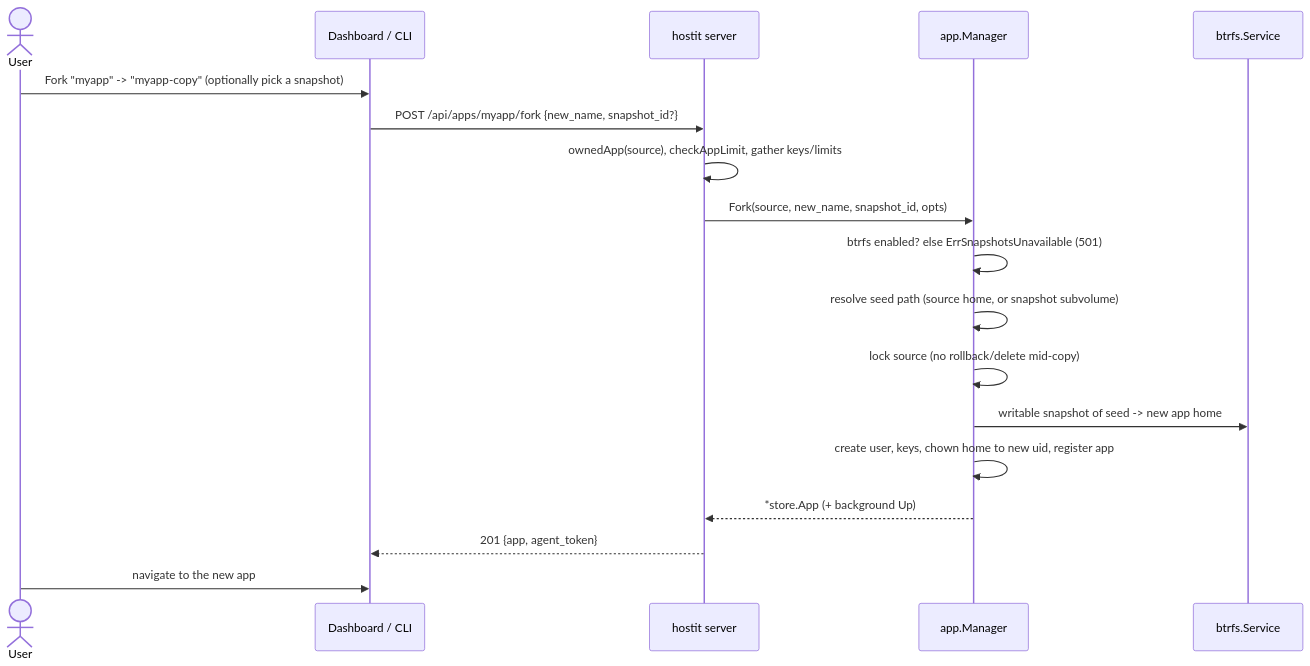
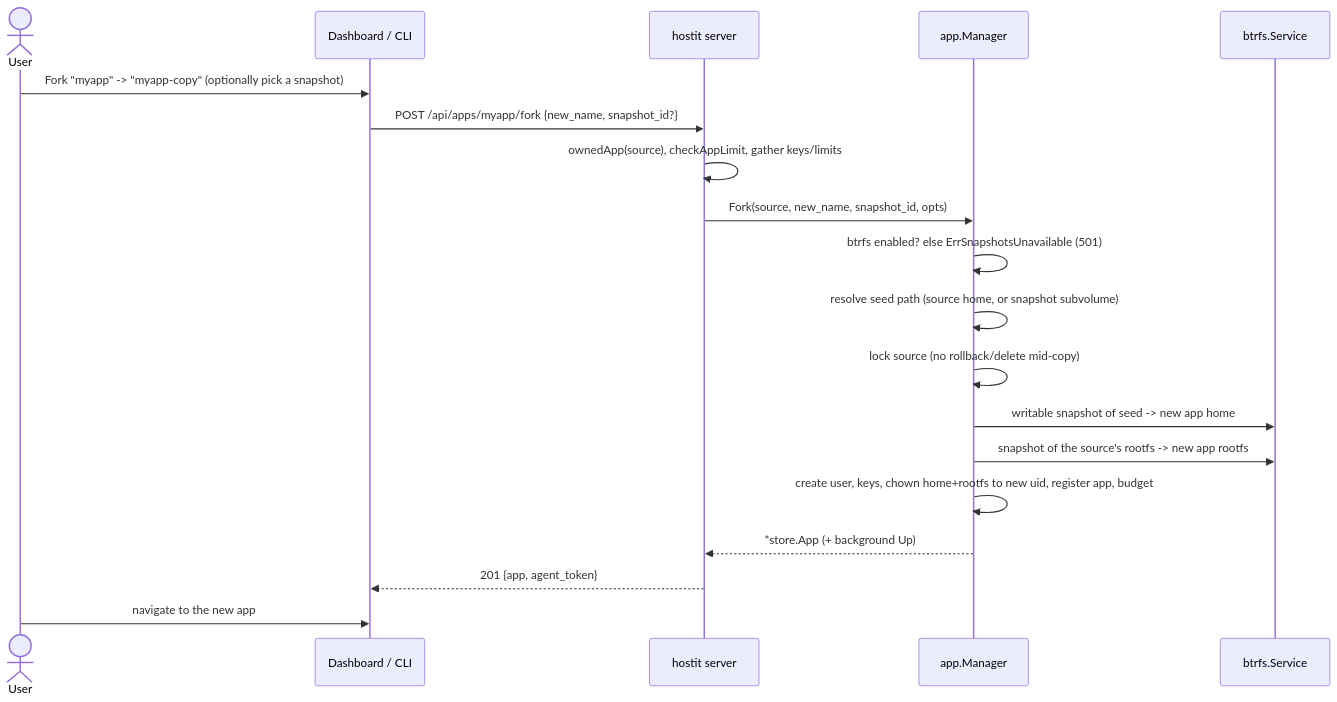
Before and after one commit to binwiederhier/hostit: the diagram in docs/features/fork.md, drawn with Mermaid. The commit also changed other lines of this file and 20 other files, not shown here.

````diff
--- a/docs/features/fork.md
+++ b/docs/features/fork.md
@@ -42,20 +42,21 @@
 ```mermaid
 sequenceDiagram
     actor User
     participant UI as Dashboard / CLI
     participant API as hostit server
     participant Mgr as app.Manager
     participant Btrfs as btrfs.Service
     User->>UI: Fork "myapp" -> "myapp-copy" (optionally pick a snapshot)
     UI->>API: POST /api/apps/myapp/fork {new_name, snapshot_id?}
     API->>API: ownedApp(source), checkAppLimit, gather keys/limits
     API->>Mgr: Fork(source, new_name, snapshot_id, opts)
     Mgr->>Mgr: btrfs enabled? else ErrSnapshotsUnavailable (501)
     Mgr->>Mgr: resolve seed path (source home, or snapshot subvolume)
     Mgr->>Mgr: lock source (no rollback/delete mid-copy)
     Mgr->>Btrfs: writable snapshot of seed -> new app home
-    Mgr->>Mgr: create user, keys, chown home to new uid, register app
+    Mgr->>Btrfs: snapshot of the source's rootfs -> new app rootfs
+    Mgr->>Mgr: create user, keys, chown home+rootfs to new uid, register app, budget
     Mgr-->>API: *store.App (+ background Up)
     API-->>UI: 201 {app, agent_token}
     User->>UI: navigate to the new app
 ```
````
